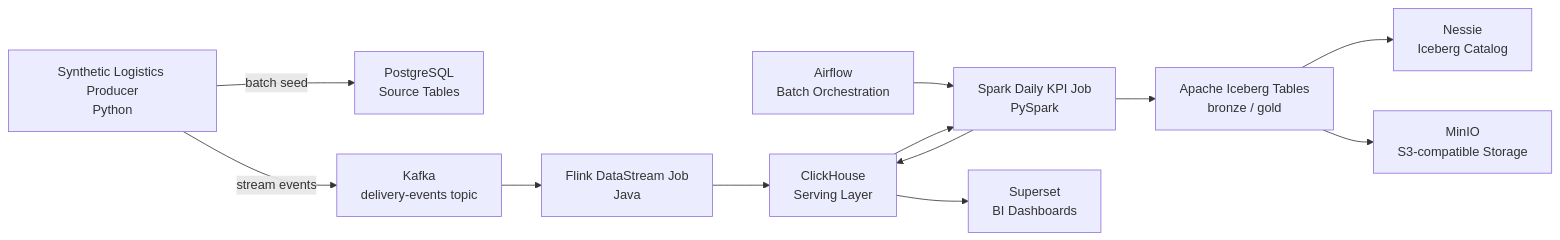
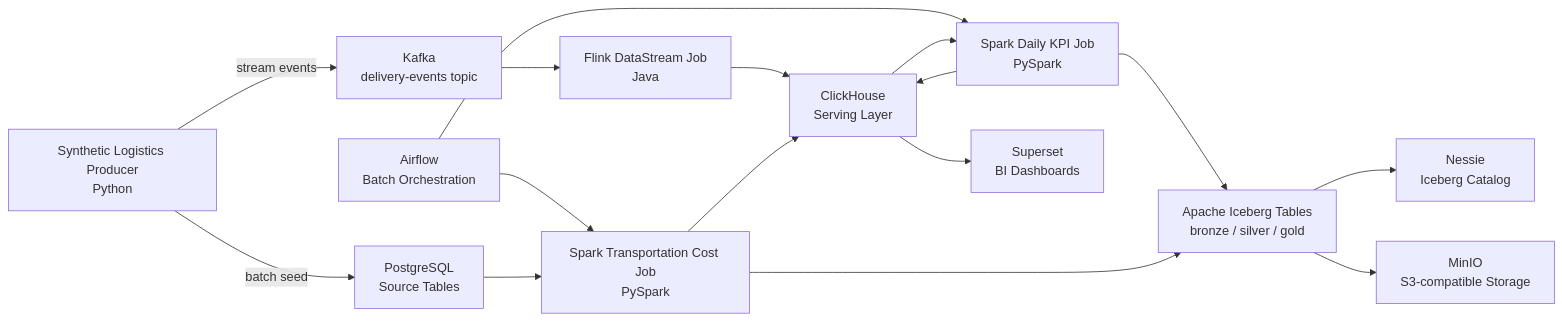
Before and after one commit to VugarMammadov87/deliveryflow-project: the first of 4 diagrams in README.md, drawn with Mermaid. The commit also changed other lines of this file and 32 other files, not shown here.

Commit message:
feat: implement end-to-end batch ETL flow and Dashboard 6 for transportation cost & route performance

````diff
--- a/README.md
+++ b/README.md
@@ -134,26 +137,31 @@
 ```mermaid
 flowchart LR
     producer["Synthetic Logistics Producer<br/>Python"]
     postgres["PostgreSQL<br/>Source Tables"]
     kafka["Kafka<br/>delivery-events topic"]
     flink["Flink DataStream Job<br/>Java"]
     clickhouse["ClickHouse<br/>Serving Layer"]
     spark["Spark Daily KPI Job<br/>PySpark"]
-    iceberg["Apache Iceberg Tables<br/>bronze / gold"]
+    transportSpark["Spark Transportation Cost Job<br/>PySpark"]
+    iceberg["Apache Iceberg Tables<br/>bronze / silver / gold"]
     nessie["Nessie<br/>Iceberg Catalog"]
     minio["MinIO<br/>S3-compatible Storage"]
     airflow["Airflow<br/>Batch Orchestration"]
     superset["Superset<br/>BI Dashboards"]
 
     producer -->|batch seed| postgres
     producer -->|stream events| kafka
     kafka --> flink
     flink --> clickhouse
     airflow --> spark
+    airflow --> transportSpark
     clickhouse --> spark
+    postgres --> transportSpark
     spark --> iceberg
+    transportSpark --> iceberg
     iceberg --> nessie
     iceberg --> minio
     spark --> clickhouse
+    transportSpark --> clickhouse
     clickhouse --> superset
 ```
````
